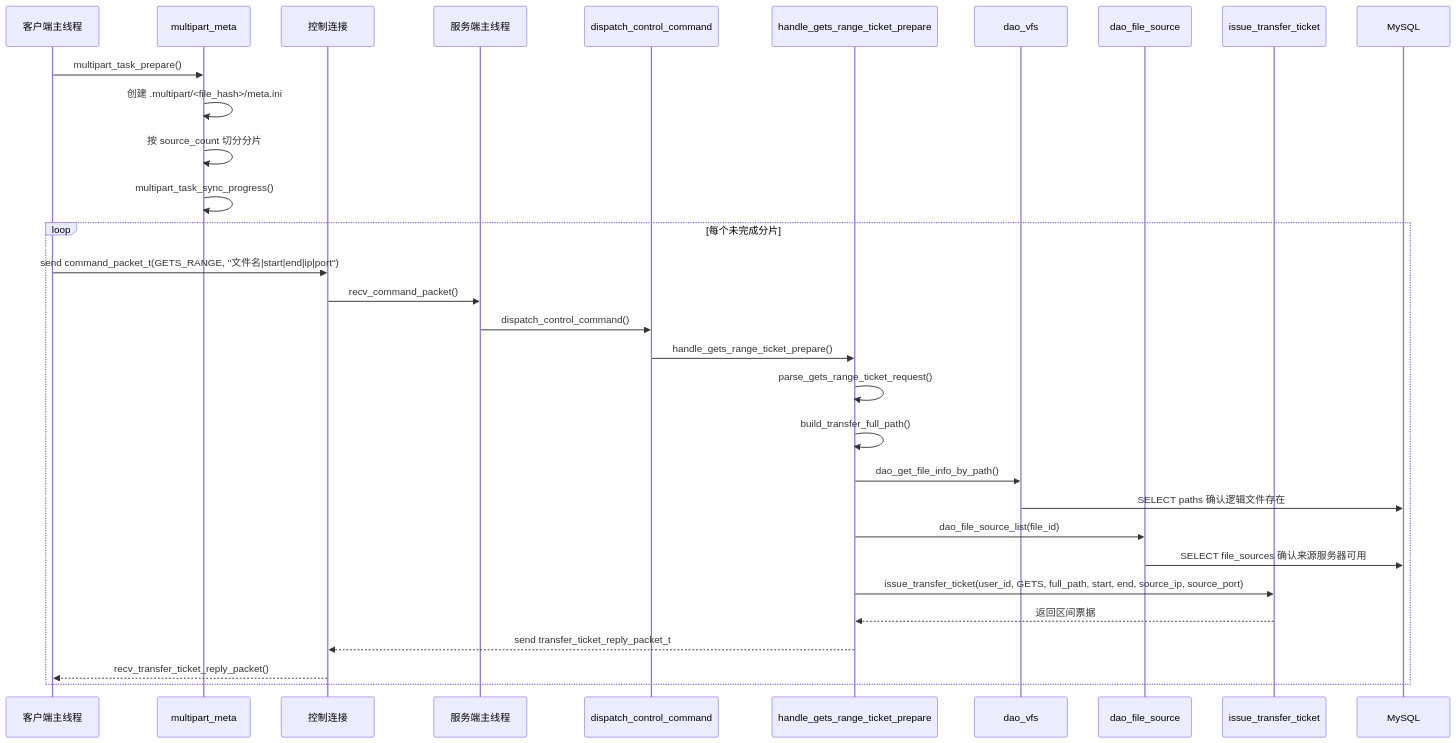
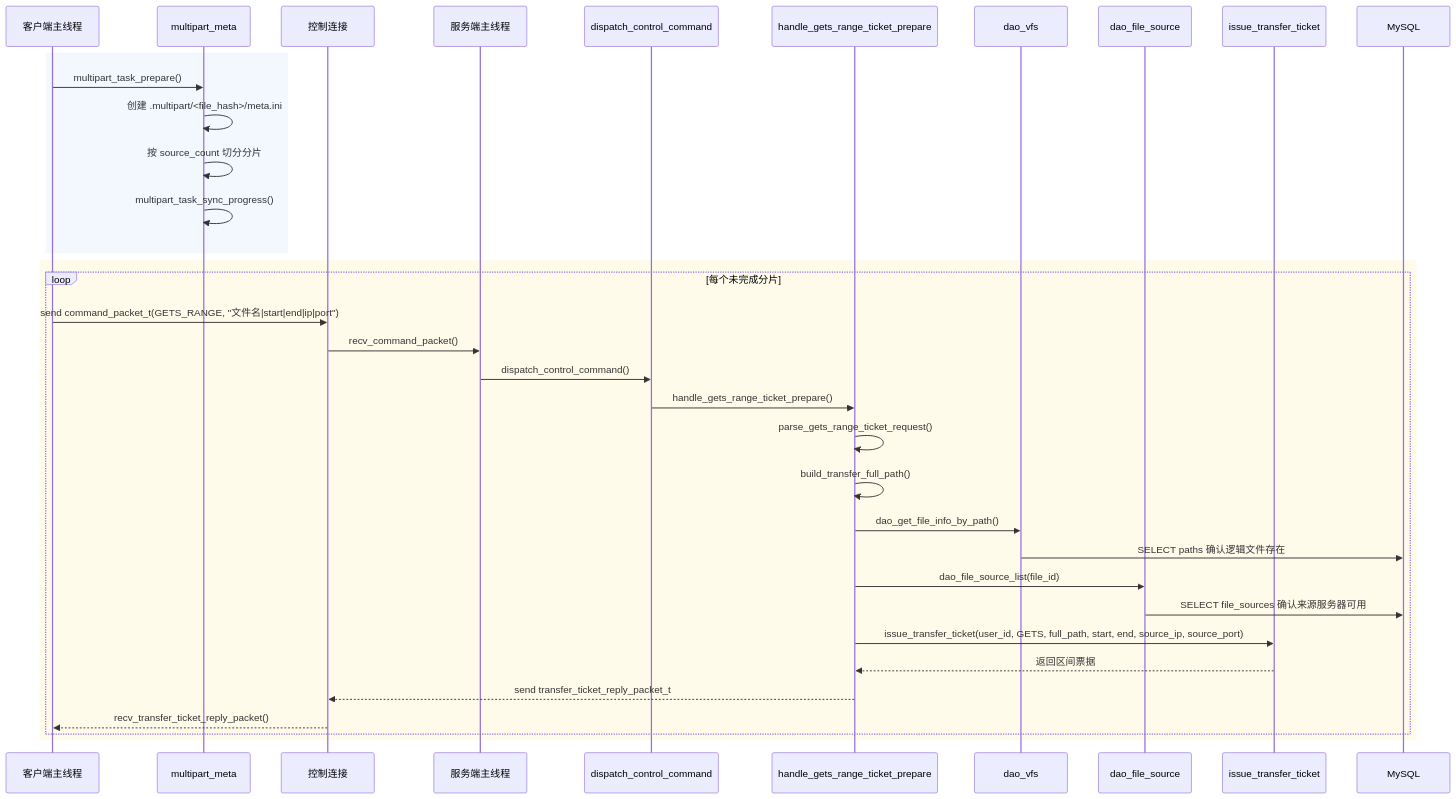
One commit to panlong-studio/WindCloud_V4 changed the tenth of 14 diagrams in docs/V5全流程时序图详解.md. Above: the diagram before and after it, drawn with Mermaid. The commit also changed other lines of this file and 5 other files, not shown here.

````diff
--- a/docs/V5全流程时序图详解.md
+++ b/docs/V5全流程时序图详解.md
@@ -677,35 +705,39 @@
 ```mermaid
 sequenceDiagram
     participant CMain as 客户端主线程
     participant Meta as multipart_meta
     participant CtrlConn as 控制连接
     participant SMain as 服务端主线程
     participant Sess as dispatch_control_command
     participant Range as handle_gets_range_ticket_prepare
     participant VFS as dao_vfs
     participant FSrc as dao_file_source
     participant Ticket as issue_transfer_ticket
     participant DB as MySQL
 
+    rect rgba(220, 235, 255, 0.35)
     CMain->>Meta: multipart_task_prepare()
     Meta->>Meta: 创建 .multipart/<file_hash>/meta.ini
     Meta->>Meta: 按 source_count 切分分片
     Meta->>Meta: multipart_task_sync_progress()
+    end
 
+    rect rgba(255, 245, 210, 0.45)
     loop 每个未完成分片
         CMain->>CtrlConn: send command_packet_t(GETS_RANGE, "文件名|start|end|ip|port")
         CtrlConn->>SMain: recv_command_packet()
         SMain->>Sess: dispatch_control_command()
         Sess->>Range: handle_gets_range_ticket_prepare()
         Range->>Range: parse_gets_range_ticket_request()
         Range->>Range: build_transfer_full_path()
         Range->>VFS: dao_get_file_info_by_path()
         VFS->>DB: SELECT paths 确认逻辑文件存在
         Range->>FSrc: dao_file_source_list(file_id)
         FSrc->>DB: SELECT file_sources 确认来源服务器可用
         Range->>Ticket: issue_transfer_ticket(user_id, GETS, full_path, start, end, source_ip, source_port)
         Ticket-->>Range: 返回区间票据
         Range-->>CtrlConn: send transfer_ticket_reply_packet_t
         CtrlConn-->>CMain: recv_transfer_ticket_reply_packet()
     end
+    end
 ```
````
